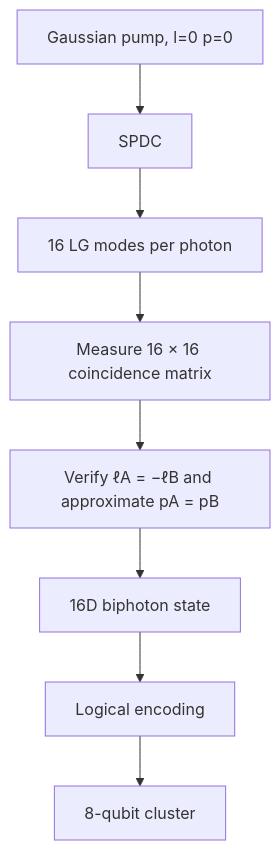
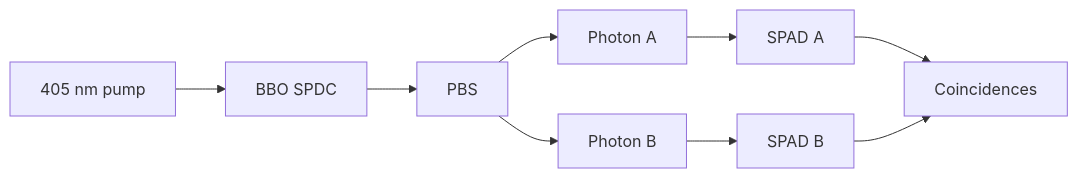
The sixth of 6 diagrams in README.md (FatCharlie/DiscoBox), drawn with Mermaid before and after one commit. The commit also changed other lines of this file, not shown here.

````diff
--- a/README.md
+++ b/README.md
@@ -147,10 +741,11 @@
 ```mermaid
-flowchart TD
-    A[Gaussian pump, l=0 p=0] --> B[SPDC]
-    B --> C[16 LG modes per photon]
-    C --> D[Measure 16 × 16 coincidence matrix]
-    D --> E[Verify ℓA = −ℓB and approximate pA = pB]
-    E --> F[16D biphoton state]
-    F --> G[Logical encoding]
-    G --> H[8-qubit cluster]
+flowchart LR
+    A[405 nm pump] --> B[BBO SPDC]
+    B --> C[PBS]
+    C --> D[Photon A]
+    C --> E[Photon B]
+    D --> F[SPAD A]
+    E --> G[SPAD B]
+    F --> H[Coincidences]
+    G --> H
 ```
````
